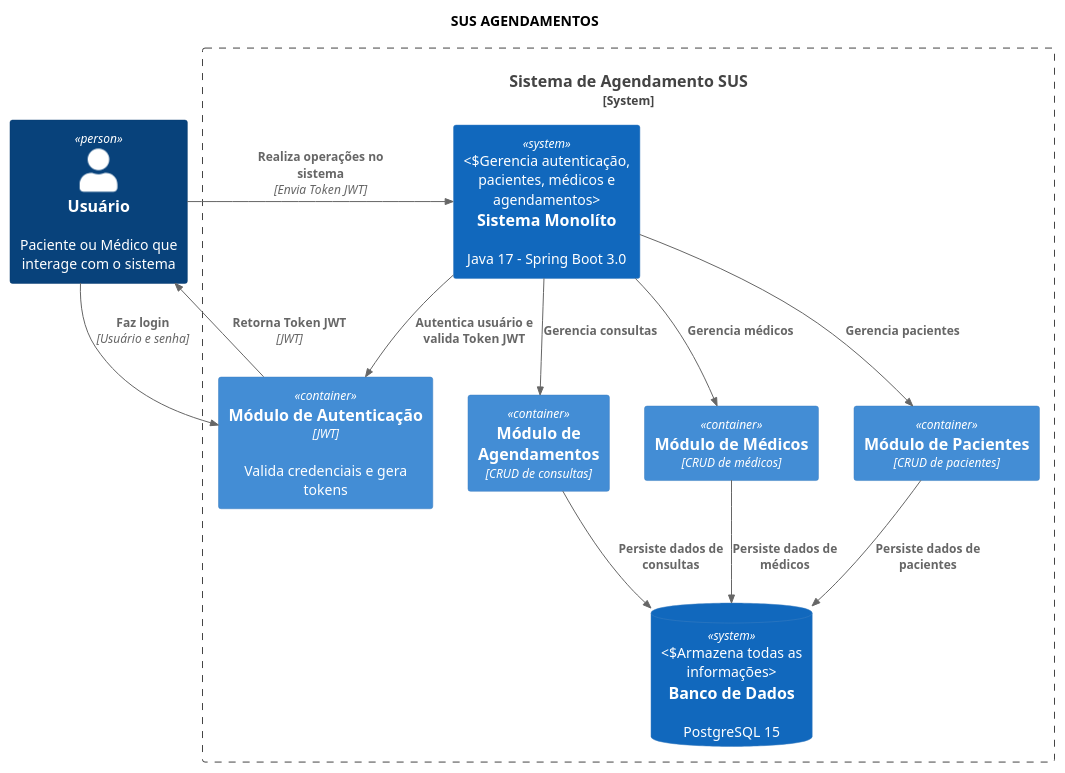
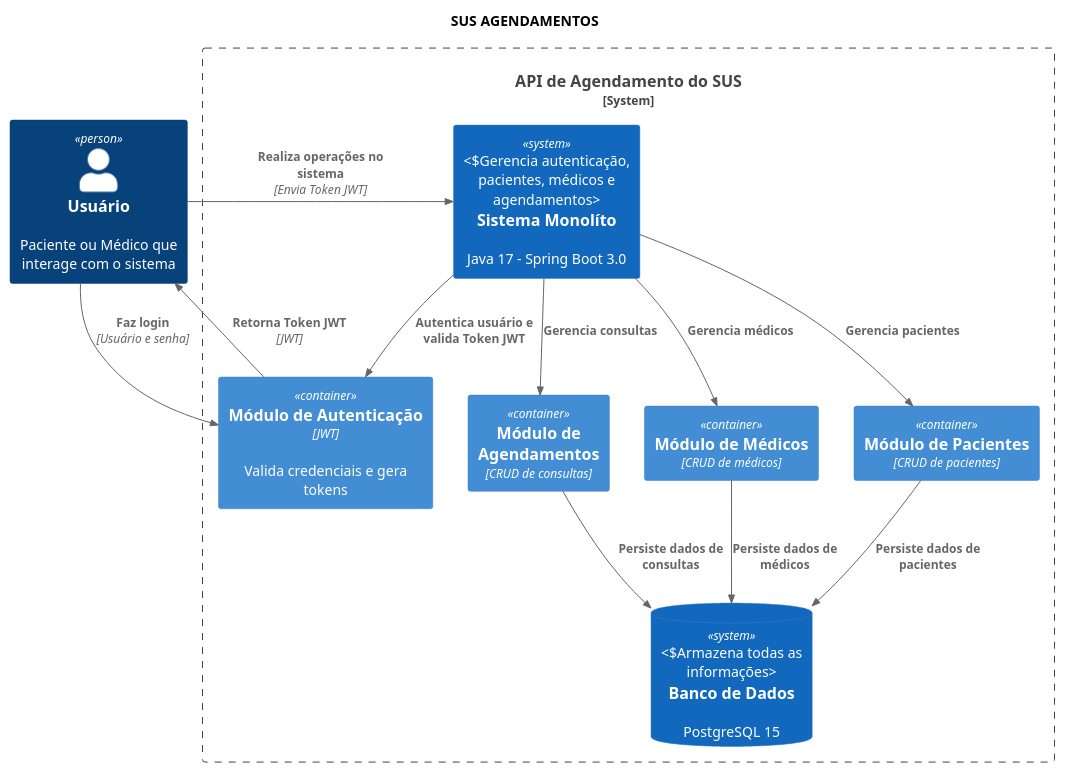
Before and after one commit to FIAP-JAVA/sus-agendamentos: the diagram in src/main/resources/docs/diagrama-arquitetura.puml, drawn with PlantUML.

Commit message:
Correção de título do diagrama de arquitetura.

```diff
--- a/src/main/resources/docs/diagrama-arquitetura.puml
+++ b/src/main/resources/docs/diagrama-arquitetura.puml
@@ -1,33 +1,33 @@
 @startuml
 !includeurl https://raw.githubusercontent.com/plantuml-stdlib/C4-PlantUML/master/C4_Container.puml
 
 
 title SUS AGENDAMENTOS
 
 Person(usuario, "Usuário", "Paciente ou Médico que interage com o sistema")
 
-System_Boundary(susAgendamento, "Sistema de Agendamento SUS") {
+System_Boundary(susAgendamento, "API de Agendamento do SUS") {
     System(sistema, "Sistema Monolíto", "Java 17 - Spring Boot 3.0", "Gerencia autenticação, pacientes, médicos e agendamentos")
 
     Container(authService, "Módulo de Autenticação", "JWT", "Valida credenciais e gera tokens")
     Container(agendamentoService, "Módulo de Agendamentos", "CRUD de consultas")
     Container(medicoService, "Módulo de Médicos", "CRUD de médicos")
     Container(pacienteService, "Módulo de Pacientes", "CRUD de pacientes")
 
     SystemDb(database, "Banco de Dados", "PostgreSQL 15", "Armazena todas as informações")
 }
 
 Rel(usuario, authService, "Faz login", "Usuário e senha")
 Rel(authService, usuario, "Retorna Token JWT", "JWT")
 Rel(usuario, sistema, "Realiza operações no sistema", "Envia Token JWT")
 
 Rel(sistema, authService, "Autentica usuário e valida Token JWT")
 Rel(sistema, agendamentoService, "Gerencia consultas")
 Rel(sistema, medicoService, "Gerencia médicos")
 Rel(sistema, pacienteService, "Gerencia pacientes")
 
 Rel(agendamentoService, database, "Persiste dados de consultas")
 Rel(medicoService, database, "Persiste dados de médicos")
 Rel(pacienteService, database, "Persiste dados de pacientes")
 
 @enduml
```
